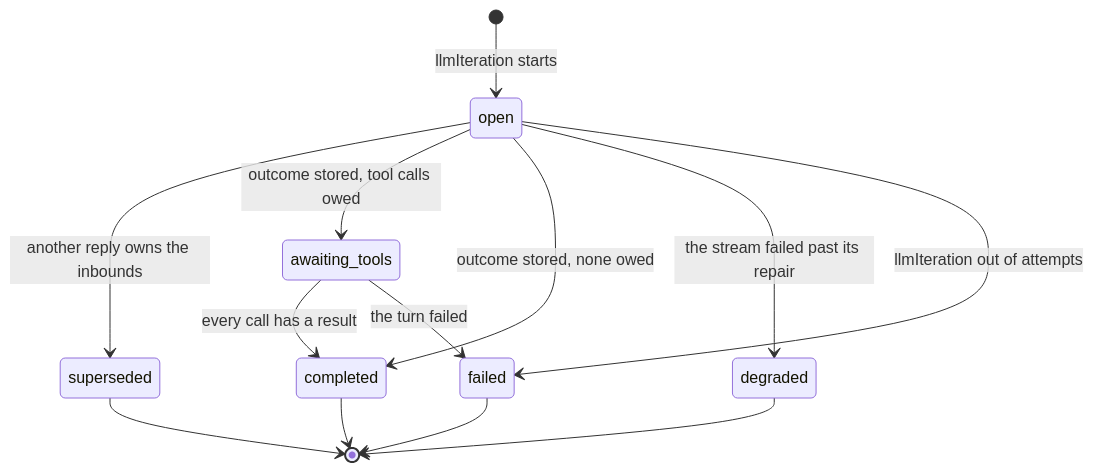
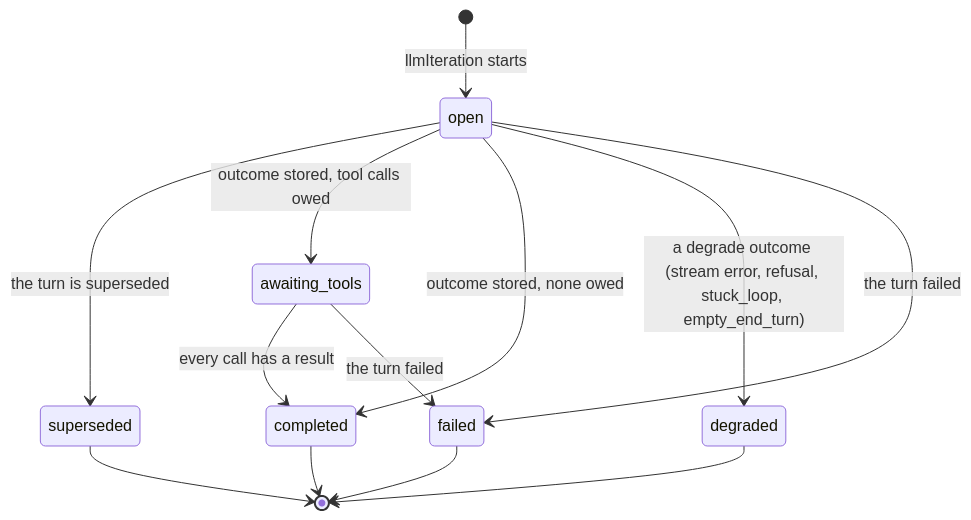
The fifth of 5 diagrams in design/orchestration-temporal.md (iskhakovt/cogmo), drawn with Mermaid before and after one commit. The commit also changed other lines of this file and 1 other file, not shown here.

Commit message:
docs: make the turn its own unit and settle the cutover rule

````diff
--- a/design/orchestration-temporal.md
+++ b/design/orchestration-temporal.md
@@ -429,15 +480,15 @@
 ```mermaid
 stateDiagram-v2
   [*] --> open: llmIteration starts
-  open --> superseded: another reply owns the inbounds
+  open --> superseded: the turn is superseded
   open --> awaiting_tools: outcome stored, tool calls owed
   open --> completed: outcome stored, none owed
-  open --> degraded: the stream failed past its repair
+  open --> degraded: a degrade outcome (stream error, refusal, stuck_loop, empty_end_turn)
   awaiting_tools --> completed: every call has a result
-  open --> failed: llmIteration out of attempts
+  open --> failed: the turn failed
   awaiting_tools --> failed: the turn failed
   completed --> [*]
   degraded --> [*]
   superseded --> [*]
   failed --> [*]
 ```
````
